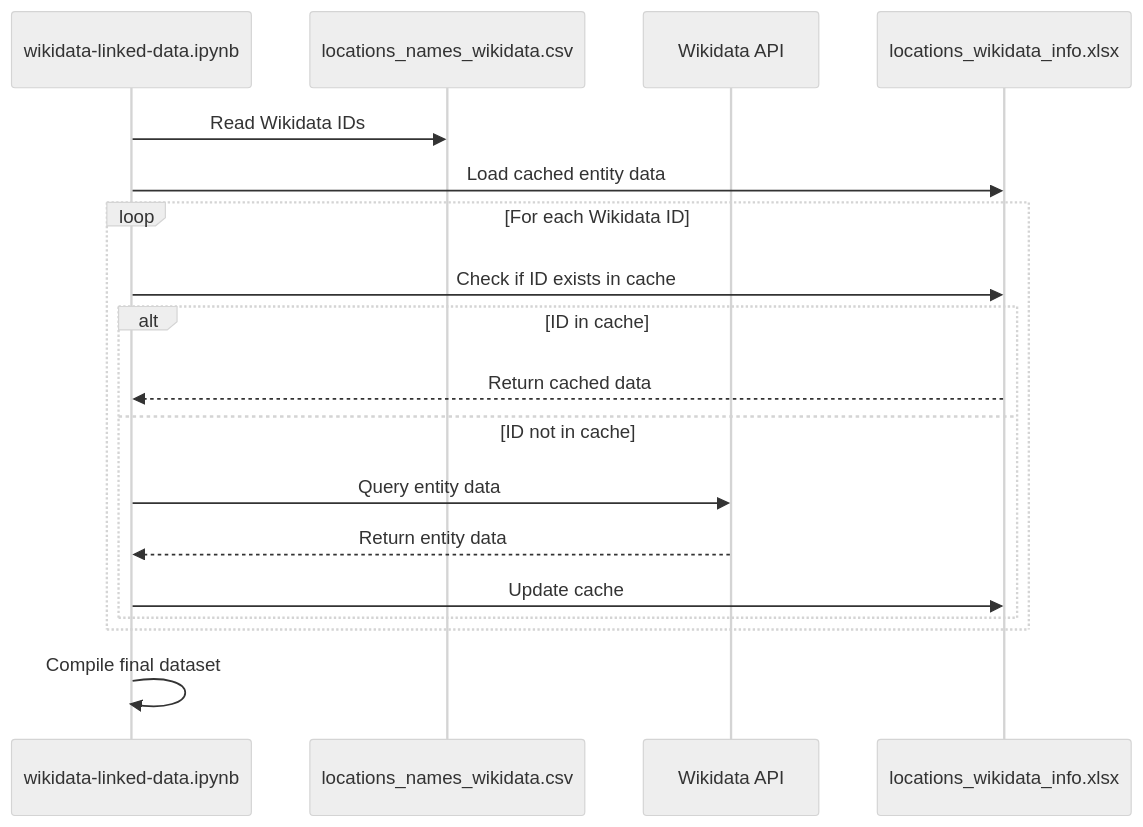
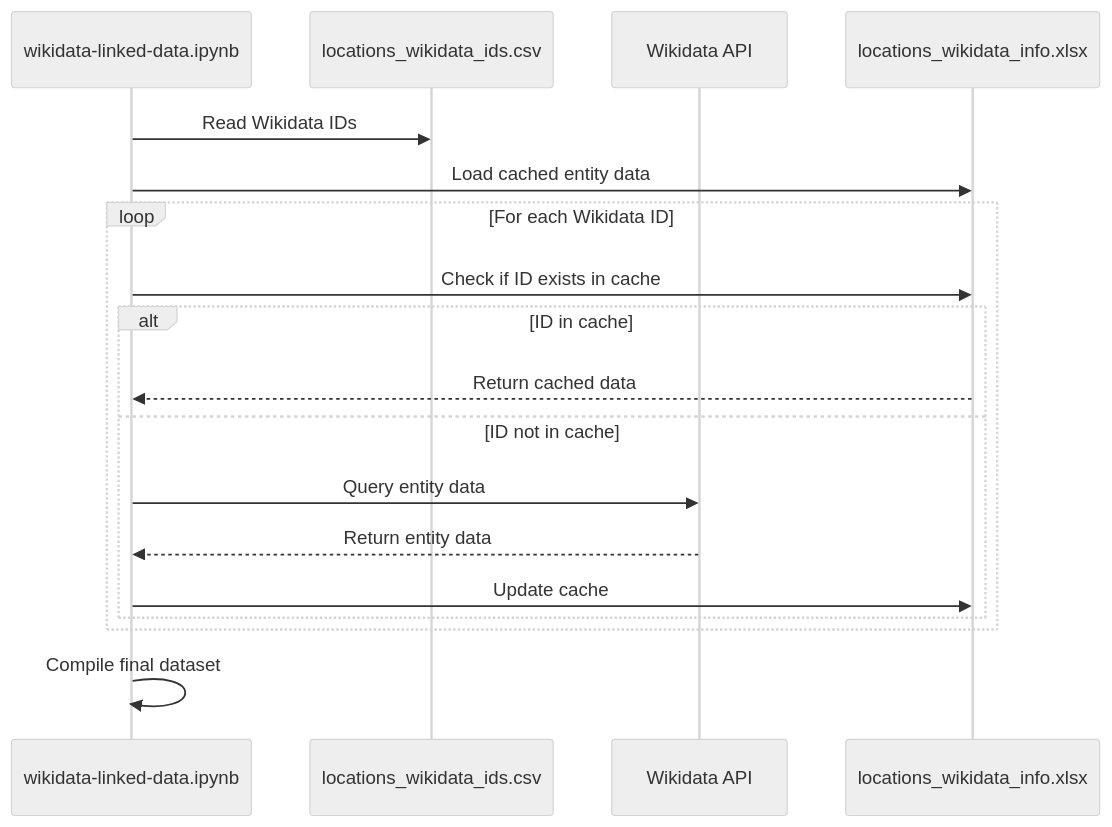
One commit to joaquimrcarvalho/dehergne-locations changed the fourth of 4 diagrams in .qoder/repowiki/en/content/Data Enrichment/Data Enrichment.md. Above: the diagram before and after it, drawn with Mermaid (neutral theme). The commit also changed other lines of this file and 8 other files, not shown here.

````diff
--- a/.qoder/repowiki/en/content/Data Enrichment/Data Enrichment.md
+++ b/.qoder/repowiki/en/content/Data Enrichment/Data Enrichment.md
@@ -107,20 +120,20 @@
 ```mermaid
 sequenceDiagram
 participant Notebook as wikidata-linked-data.ipynb
-participant CSV as locations_names_wikidata.csv
+participant CSV as locations_wikidata_ids.csv
 participant Wikidata as Wikidata API
 participant Cache as locations_wikidata_info.xlsx
 Notebook->>CSV : Read Wikidata IDs
 Notebook->>Cache : Load cached entity data
 loop For each Wikidata ID
 Notebook->>Cache : Check if ID exists in cache
 alt ID in cache
 Cache-->>Notebook : Return cached data
 else ID not in cache
 Notebook->>Wikidata : Query entity data
 Wikidata-->>Notebook : Return entity data
 Notebook->>Cache : Update cache
 end
 end
 Notebook->>Notebook : Compile final dataset
 ```
````
